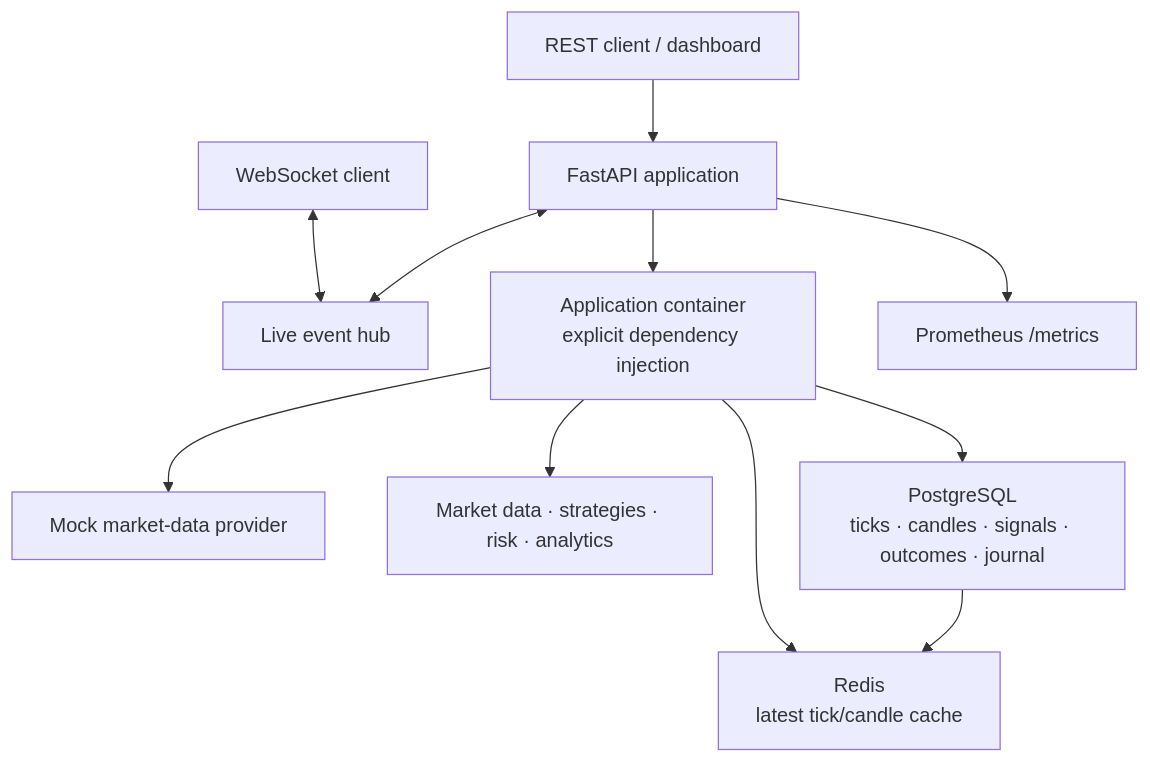
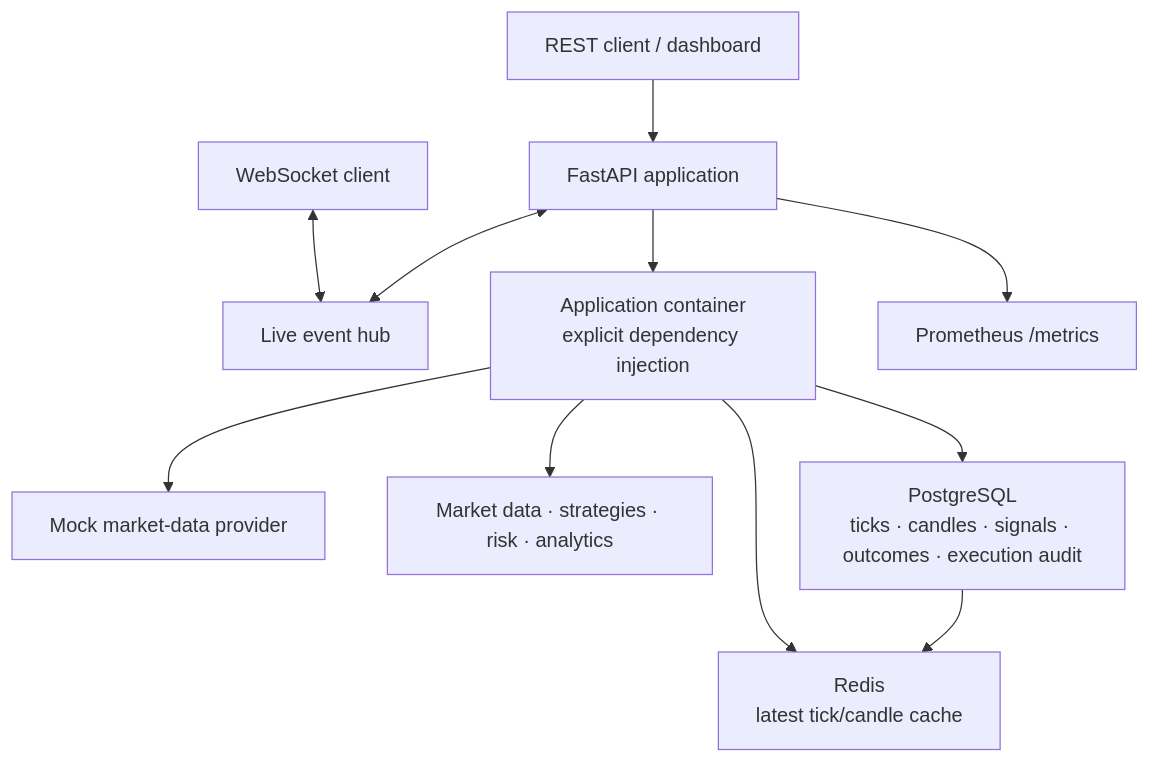
The second of 2 diagrams in README.md (SushantManglekar/algo-trading-system), drawn with Mermaid before and after one commit. The commit also changed other lines of this file and 9 other files, not shown here.

````diff
--- a/README.md
+++ b/README.md
@@ -40,14 +40,14 @@
 ```mermaid
 flowchart TB
     Client["REST client / dashboard"] --> API["FastAPI application"]
     Live["WebSocket client"] <--> Hub["Live event hub"]
     API <--> Hub
 
     API --> Container["Application container\nexplicit dependency injection"]
     Container --> Provider["Mock market-data provider"]
     Container --> Domain["Market data · strategies · risk · analytics"]
-    Container --> Postgres["PostgreSQL\nticks · candles · signals · outcomes · journal"]
+    Container --> Postgres["PostgreSQL\nticks · candles · signals · outcomes · execution audit"]
     Container --> Redis["Redis\nlatest tick/candle cache"]
     Postgres --> Redis
     API --> Metrics["Prometheus /metrics"]
 ```
````
